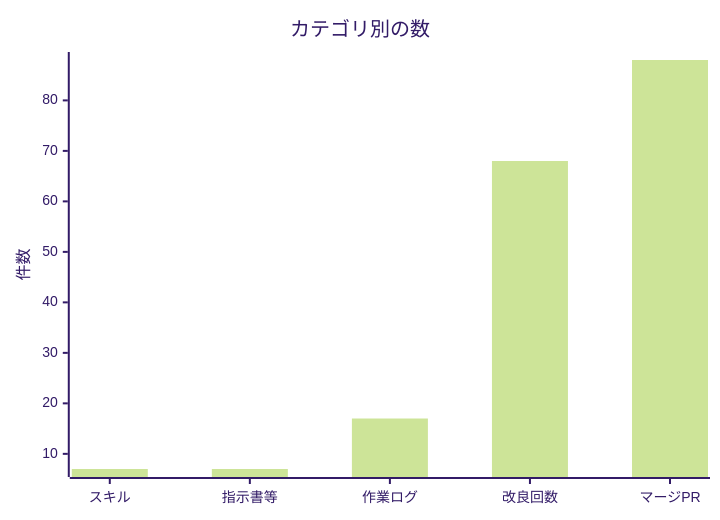
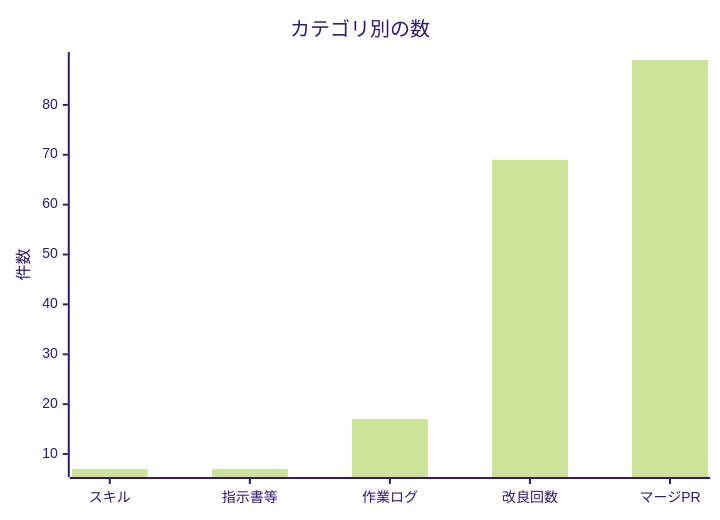
One commit to non-x2/non-x2 changed the second of 2 diagrams in docs/進化レポート.md. Above: the diagram before and after it, drawn with Mermaid (forest theme). The commit also changed other lines of this file and 2 other files, not shown here.

````diff
--- a/docs/進化レポート.md
+++ b/docs/進化レポート.md
@@ -33,7 +33,7 @@
 ```mermaid
 xychart-beta
     title "カテゴリ別の数"
     x-axis ["スキル", "指示書等", "作業ログ", "改良回数", "マージPR"]
     y-axis "件数"
-    bar [7, 7, 17, 68, 88]
+    bar [7, 7, 17, 69, 89]
 ```
````
